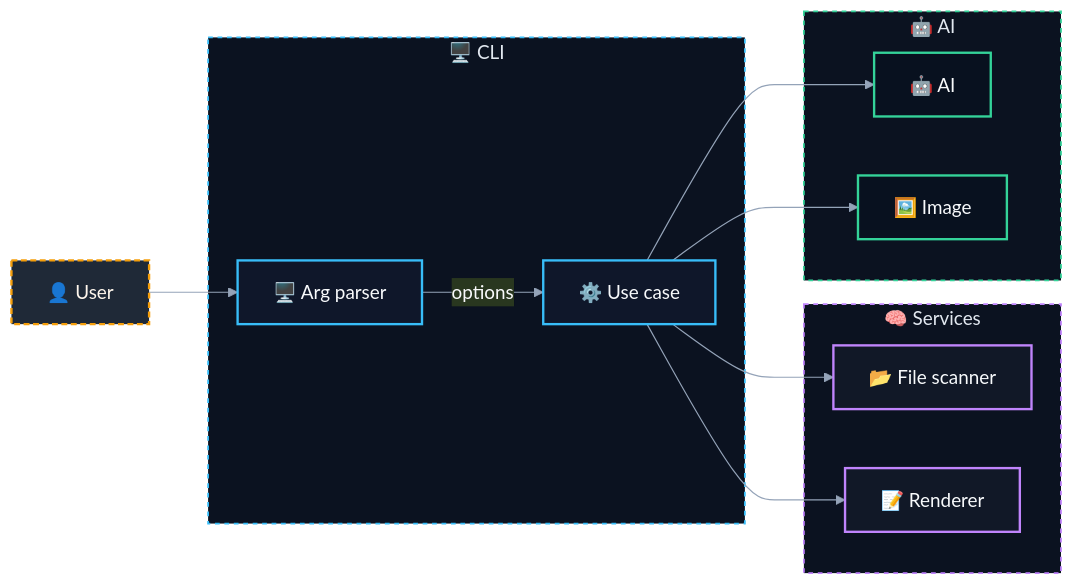
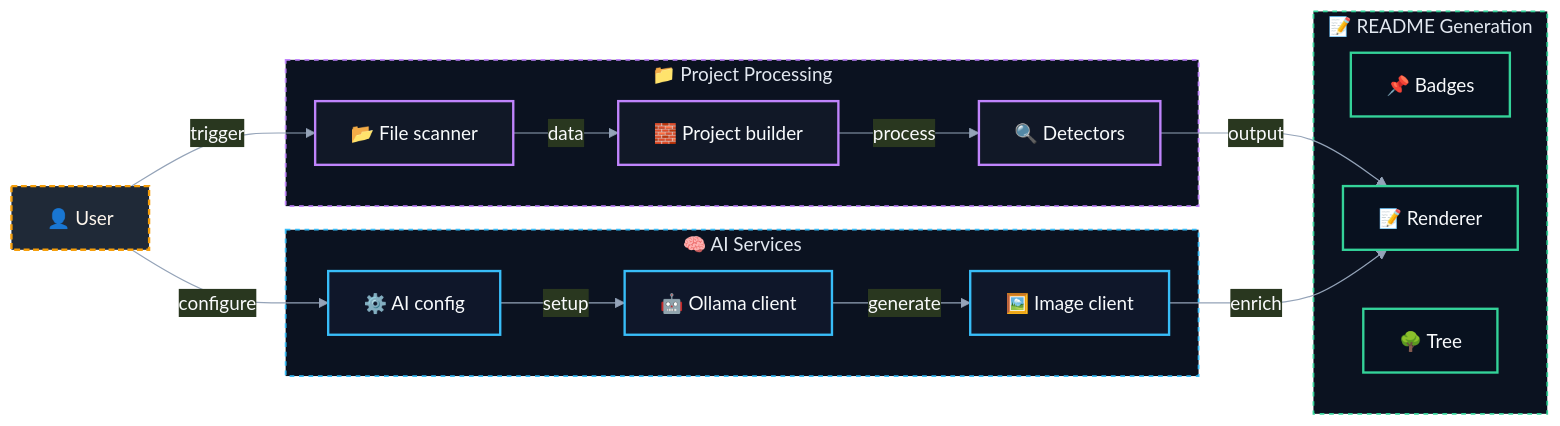
One commit to DavidTorro/README-GENERATOR changed the diagram in README.md. Above: the diagram before and after it, drawn with Mermaid. The commit also changed other lines of this file and 4 other files, not shown here.

````diff
--- a/README.md
+++ b/README.md
@@ -28,45 +28,50 @@
 ```mermaid
 %%{init: {
     "theme": "base",
     "themeVariables": {
         "primaryColor": "#1f2937",
         "primaryTextColor": "#f9fafb",
         "primaryBorderColor": "#60a5fa",
         "lineColor": "#94a3b8",
         "tertiaryColor": "#0f172a"
     }
 }}%%
 
 flowchart LR
-    subgraph SG0["🖥️ CLI"]
-        parser["🖥️ Arg parser"]
-        usecase["⚙️ Use case"]
+    subgraph SG0["🧠 AI Services"]
+        ai_config["⚙️ AI config"]
+        image_client["🖼️ Image client"]
+        ollama_client["🤖 Ollama client"]
     end
-    subgraph SG1["🧠 Services"]
+    subgraph SG1["📁 Project Processing"]
         scanner["📂 File scanner"]
+        builder["🧱 Project builder"]
+        detectors["🔍 Detectors"]
+    end
+    subgraph SG2["📝 README Generation"]
+        badges["📌 Badges"]
         renderer["📝 Renderer"]
-    end
-    subgraph SG2["🤖 AI"]
-        ai["🤖 AI"]
-        image["🖼️ Image"]
+        tree["🌳 Tree"]
     end
     user["👤 User"]
-    user --> parser
-    parser -- "options" --> usecase
-    usecase --> scanner
-    usecase --> renderer
-    usecase --> ai
-    usecase --> image
+    user -- "trigger" --> scanner
+    scanner -- "data" --> builder
+    builder -- "process" --> detectors
+    detectors -- "output" --> renderer
+    user -- "configure" --> ai_config
+    ai_config -- "setup" --> ollama_client
+    ollama_client -- "generate" --> image_client
+    image_client -- "enrich" --> renderer
 
     classDef g0 fill:#0f172a,stroke:#38bdf8,color:#f8fafc,stroke-width:2px;
-    class parser,usecase g0;
+    class ai_config,image_client,ollama_client g0;
     classDef g1 fill:#111827,stroke:#c084fc,color:#f8fafc,stroke-width:2px;
-    class scanner,renderer g1;
+    class scanner,builder,detectors g1;
     classDef g2 fill:#08111f,stroke:#34d399,color:#f8fafc,stroke-width:2px;
-    class ai,image g2;
+    class badges,renderer,tree g2;
     classDef actor fill:#1f2937,stroke:#f59e0b,color:#fff7ed,stroke-width:2px,stroke-dasharray: 5 3;
     class user actor;
     style SG0 fill:#0b1220,stroke:#38bdf8,stroke-width:1.5px,stroke-dasharray: 4 4,color:#e2e8f0
     style SG1 fill:#0b1220,stroke:#c084fc,stroke-width:1.5px,stroke-dasharray: 4 4,color:#e2e8f0
     style SG2 fill:#0b1220,stroke:#34d399,stroke-width:1.5px,stroke-dasharray: 4 4,color:#e2e8f0
 ```
````
